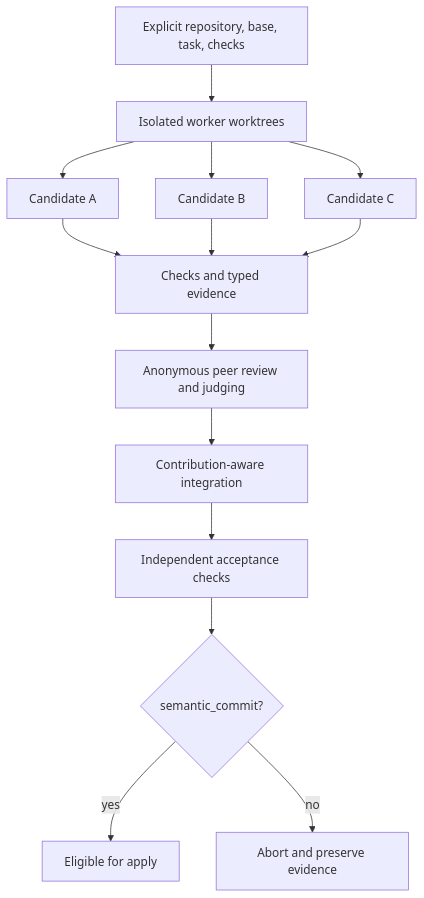
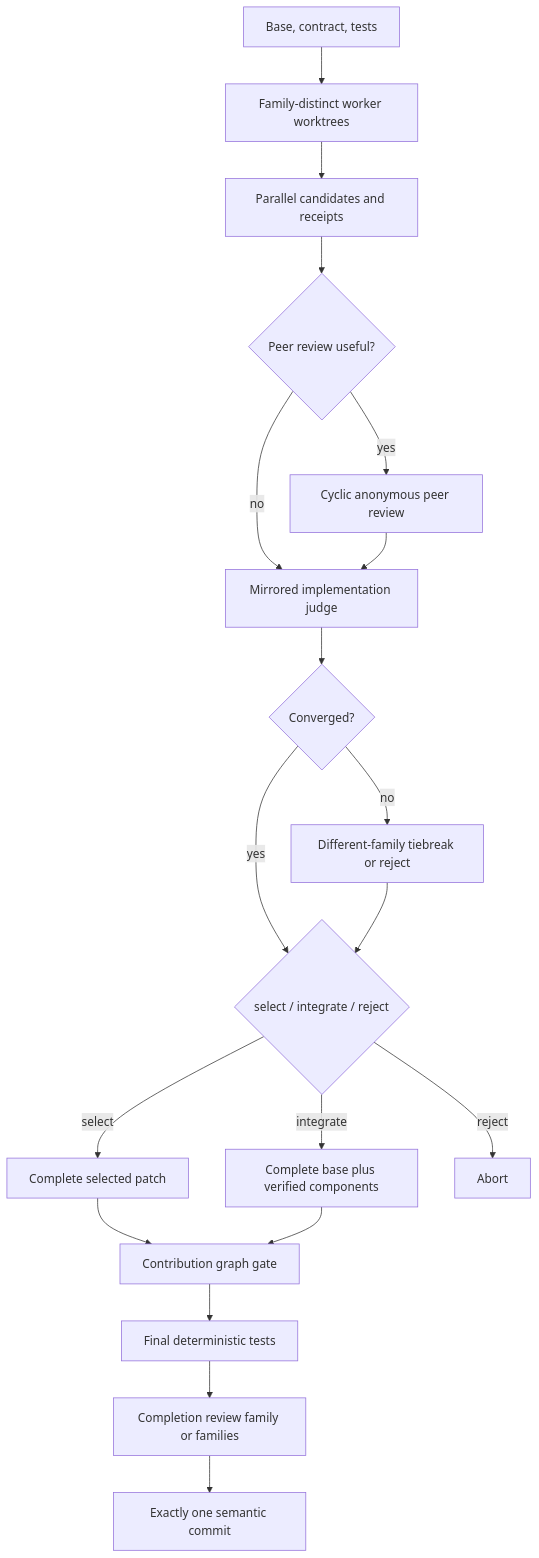
Before and after one commit to jroth1111/reason-assembly: the third of 3 diagrams in README.md, drawn with Mermaid. The commit also changed other lines of this file and 2 other files, not shown here.

````diff
--- a/README.md
+++ b/README.md
@@ -219,16 +429,21 @@
 ```mermaid
 flowchart TD
-    A[Explicit repository, base, task, checks] --> B[Isolated worker worktrees]
-    B --> C1[Candidate A]
-    B --> C2[Candidate B]
-    B --> C3[Candidate C]
-    C1 --> D[Checks and typed evidence]
-    C2 --> D
-    C3 --> D
-    D --> E[Anonymous peer review and judging]
-    E --> F[Contribution-aware integration]
-    F --> G[Independent acceptance checks]
-    G --> H{semantic_commit?}
-    H -->|yes| I[Eligible for apply]
-    H -->|no| J[Abort and preserve evidence]
+    A[Base, contract, tests] --> B[Family-distinct worker worktrees]
+    B --> C[Parallel candidates and receipts]
+    C --> D{Peer review useful?}
+    D -->|yes| E[Cyclic anonymous peer review]
+    D -->|no| F[Mirrored implementation judge]
+    E --> F
+    F --> G{Converged?}
+    G -->|no| H[Different-family tiebreak or reject]
+    G -->|yes| I{select / integrate / reject}
+    H --> I
+    I -->|select| J[Complete selected patch]
+    I -->|integrate| K[Complete base plus verified components]
+    I -->|reject| L[Abort]
+    J --> M[Contribution graph gate]
+    K --> M
+    M --> N[Final deterministic tests]
+    N --> O[Completion review family or families]
+    O --> P[Exactly one semantic commit]
 ```
````
